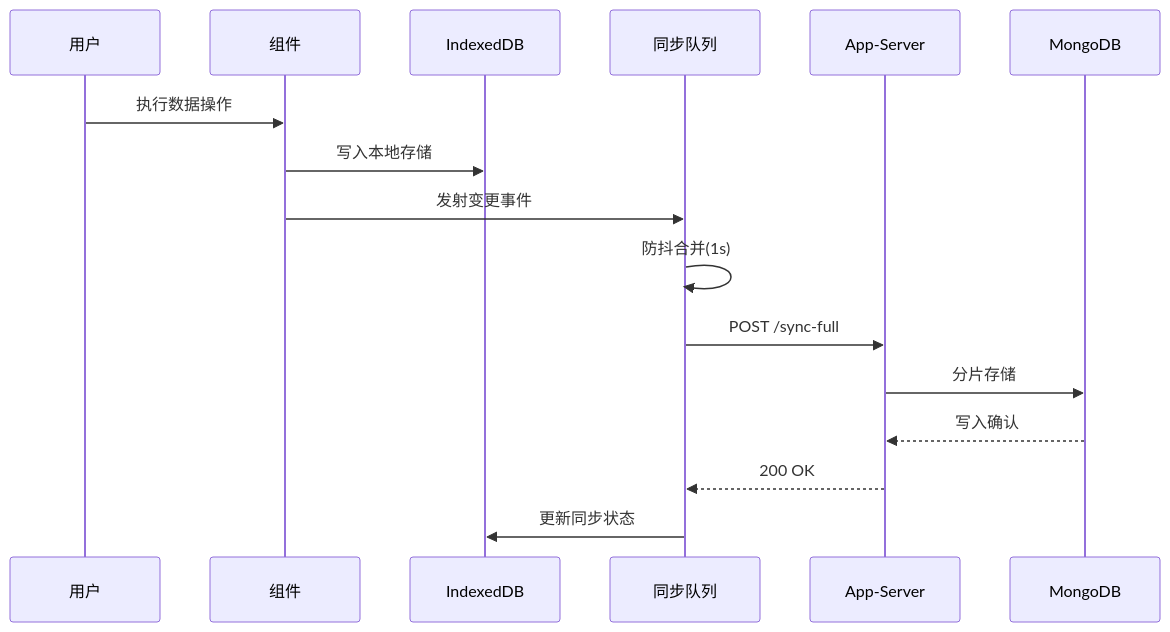
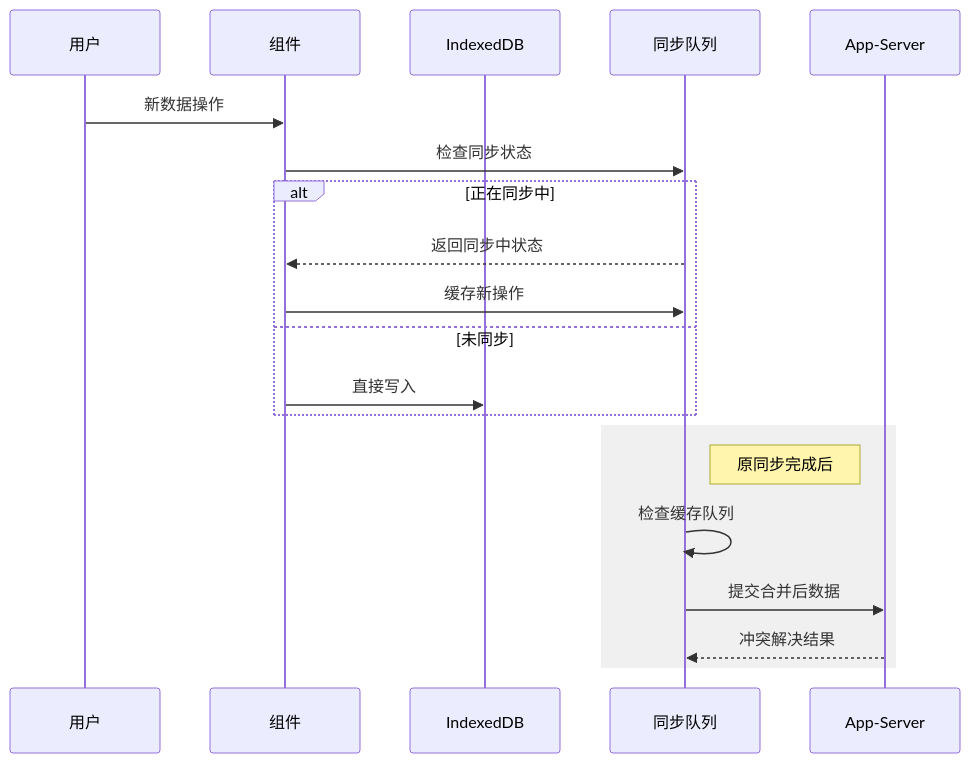
One commit to yingjianzh/iodraw-files changed the diagram in all/未命名-24.md. Above: the diagram before and after it, drawn with Mermaid.

Commit message:
2025-02-21 11:08:35 update

````diff
--- a/all/未命名-24.md
+++ b/all/未命名-24.md
@@ -1,19 +1,24 @@
 ```mermaid
 sequenceDiagram
     participant 用户
     participant 组件
     participant IndexedDB
     participant 同步队列
     participant App-Server
-    participant MongoDB
 
-    用户->>组件: 执行数据操作
-    组件->>IndexedDB: 写入本地存储
-    组件->>同步队列: 发射变更事件
-    同步队列->>同步队列: 防抖合并(1s)
-    同步队列->>App-Server: POST /sync-full
-    App-Server->>MongoDB: 分片存储
-    MongoDB-->>App-Server: 写入确认
-    App-Server-->>同步队列: 200 OK
-    同步队列->>IndexedDB: 更新同步状态
+    用户->>组件: 新数据操作
+    组件->>同步队列: 检查同步状态
+    alt 正在同步中
+        同步队列-->>组件: 返回同步中状态
+        组件->>同步队列: 缓存新操作
+    else 未同步
+        组件->>IndexedDB: 直接写入
+    end
+    
+    rect rgb(240,240,240)
+    Note right of 同步队列: 原同步完成后
+    同步队列->>同步队列: 检查缓存队列
+    同步队列->>App-Server: 提交合并后数据
+    App-Server-->>同步队列: 冲突解决结果
+    end
 ```
````
